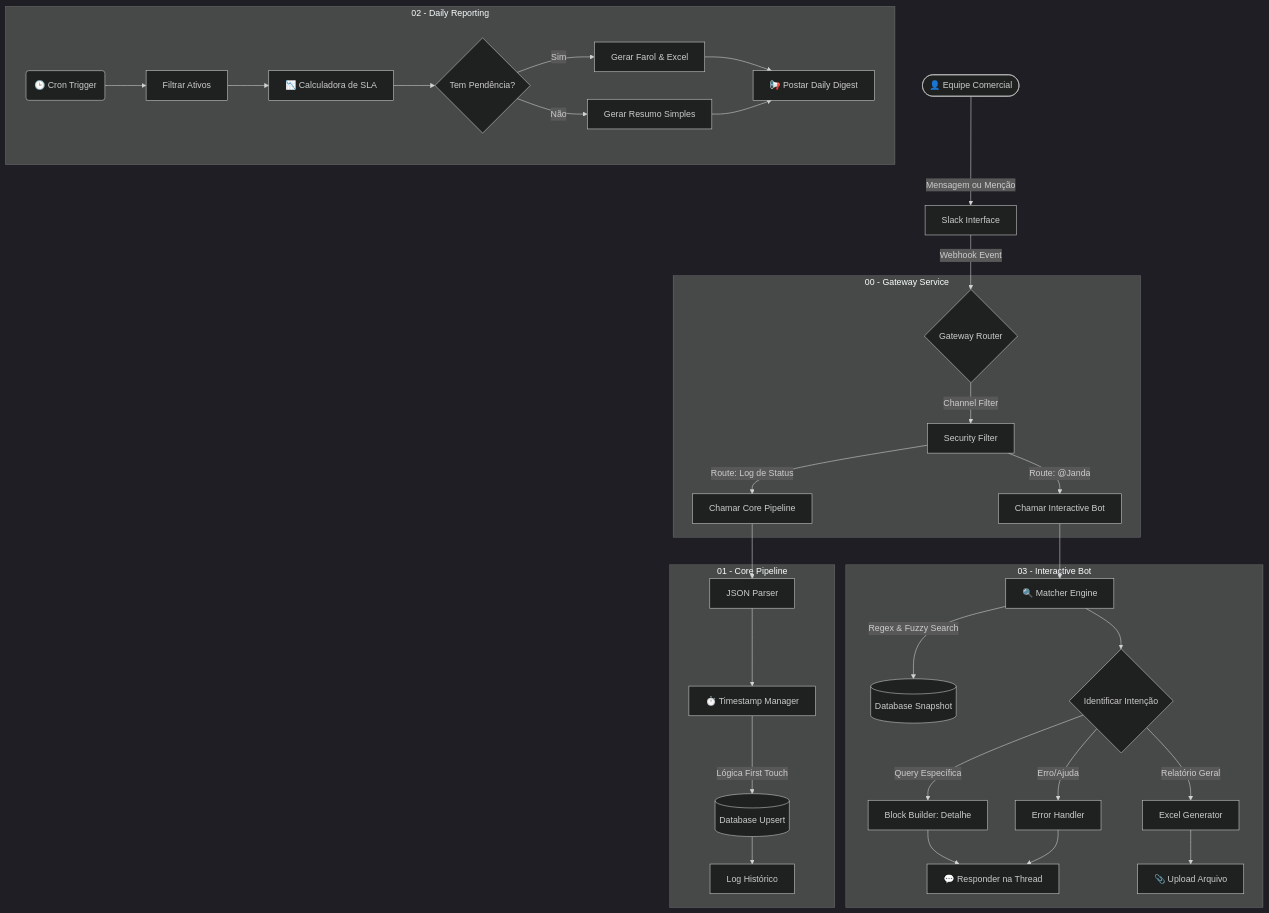
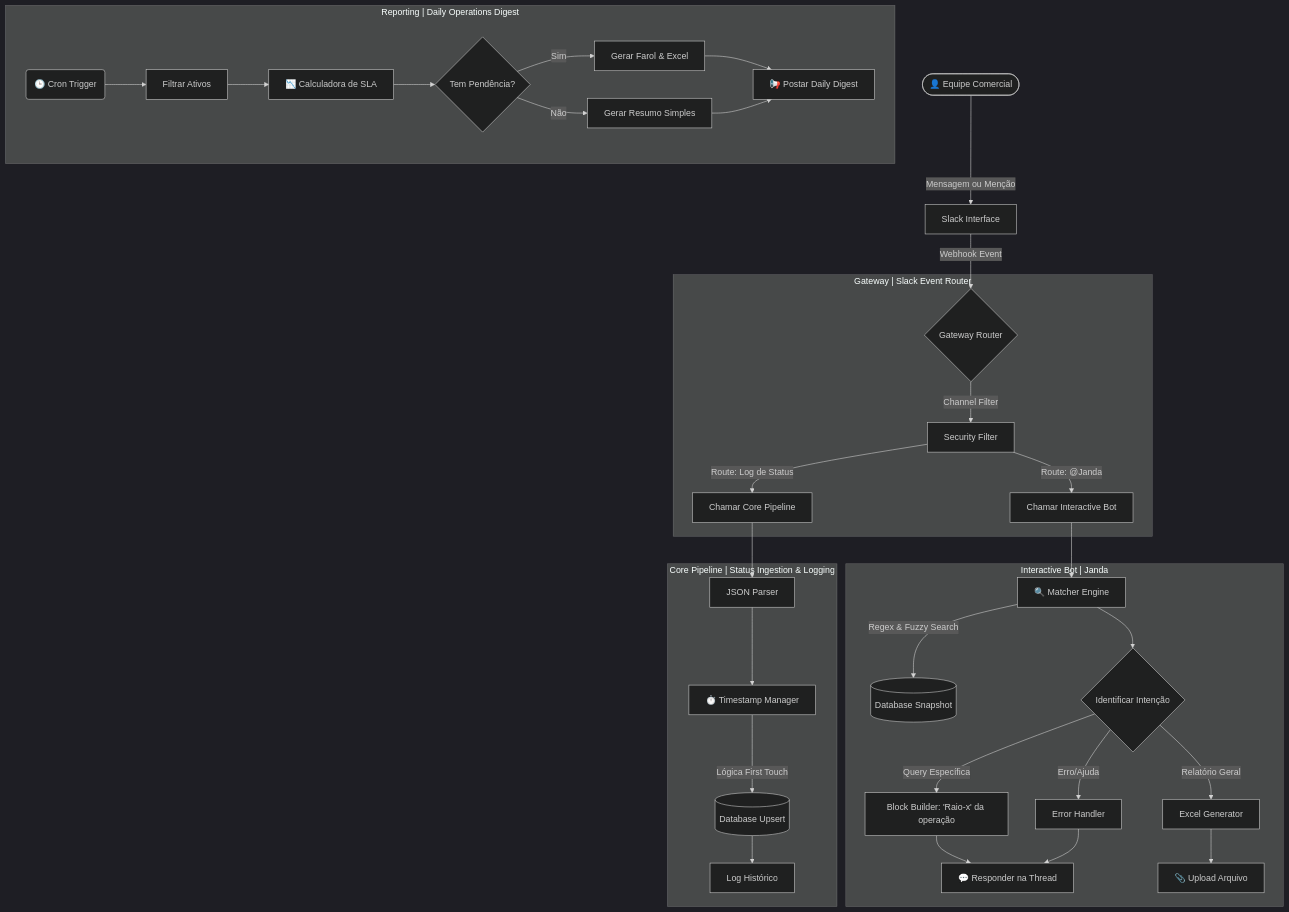
One commit to Isaiasrd1/commercial-chatops-n8n-engine changed the diagram in README.md. Above: the diagram before and after it, drawn with Mermaid (dark theme). The commit also changed other lines of this file, not shown here.

````diff
--- a/README.md
+++ b/README.md
@@ -40,44 +48,44 @@
 ```mermaid
 graph TD
     %% Atores e Interfaces
     User([👤 Equipe Comercial]) -->|Mensagem ou Menção| SlackAPI[Slack Interface]
     SlackAPI -->|Webhook Event| Gateway{Gateway Router}
 
     %% Gateway: O Porteiro
-    subgraph "00 - Gateway Service"
+    subgraph "Gateway | Slack Event Router"
         Gateway -->|Channel Filter| Security[Security Filter]
         Security -->|Route: @Janda| TriggerBot[Chamar Interactive Bot]
         Security -->|Route: Log de Status| TriggerCore[Chamar Core Pipeline]
     end
 
     %% Bot Interativo: O Atendente
-    subgraph "03 - Interactive Bot"
+    subgraph "Interactive Bot | Janda"
         TriggerBot --> Matcher[🔍 Matcher Engine]
         Matcher -->|Regex & Fuzzy Search| DB_Read[(Database Snapshot)]
         Matcher --> SwitchIntent{Identificar Intenção}
-        SwitchIntent -->|Query Específica| BuildDetail[Block Builder: Detalhe]
+        SwitchIntent -->|Query Específica| BuildDetail[Block Builder: 'Raio-x' da operação]
         SwitchIntent -->|Relatório Geral| BuildReport[Excel Generator]
         SwitchIntent -->|Erro/Ajuda| BuildError[Error Handler]
         BuildDetail & BuildError --> ReplyThread[💬 Responder na Thread]
         BuildReport --> ReplyFile[📎 Upload Arquivo]
     end
 
     %% Core Pipeline: O Processador
-    subgraph "01 - Core Pipeline"
+    subgraph "Core Pipeline | Status Ingestion & Logging"
         TriggerCore --> Parser[JSON Parser]
         Parser --> TimestampEngine[⏱️ Timestamp Manager]
         TimestampEngine -->|Lógica First Touch| DB_Write[(Database Upsert)]
         DB_Write --> LogHistory[Log Histórico]
     end
 
     %% Reporting: O Auditor
-    subgraph "02 - Daily Reporting"
+    subgraph "Reporting | Daily Operations Digest"
         Schedule(🕒 Cron Trigger) --> FilterActive[Filtrar Ativos]
         FilterActive --> SLACalc[📉 Calculadora de SLA]
         SLACalc --> FarolLogic{Tem Pendência?}
         FarolLogic -->|Sim| GenBlocks[Gerar Farol & Excel]
         FarolLogic -->|Não| GenResumo[Gerar Resumo Simples]
         GenBlocks & GenResumo --> SlackThread[📢 Postar Daily Digest]
     end
 
 ```
````
